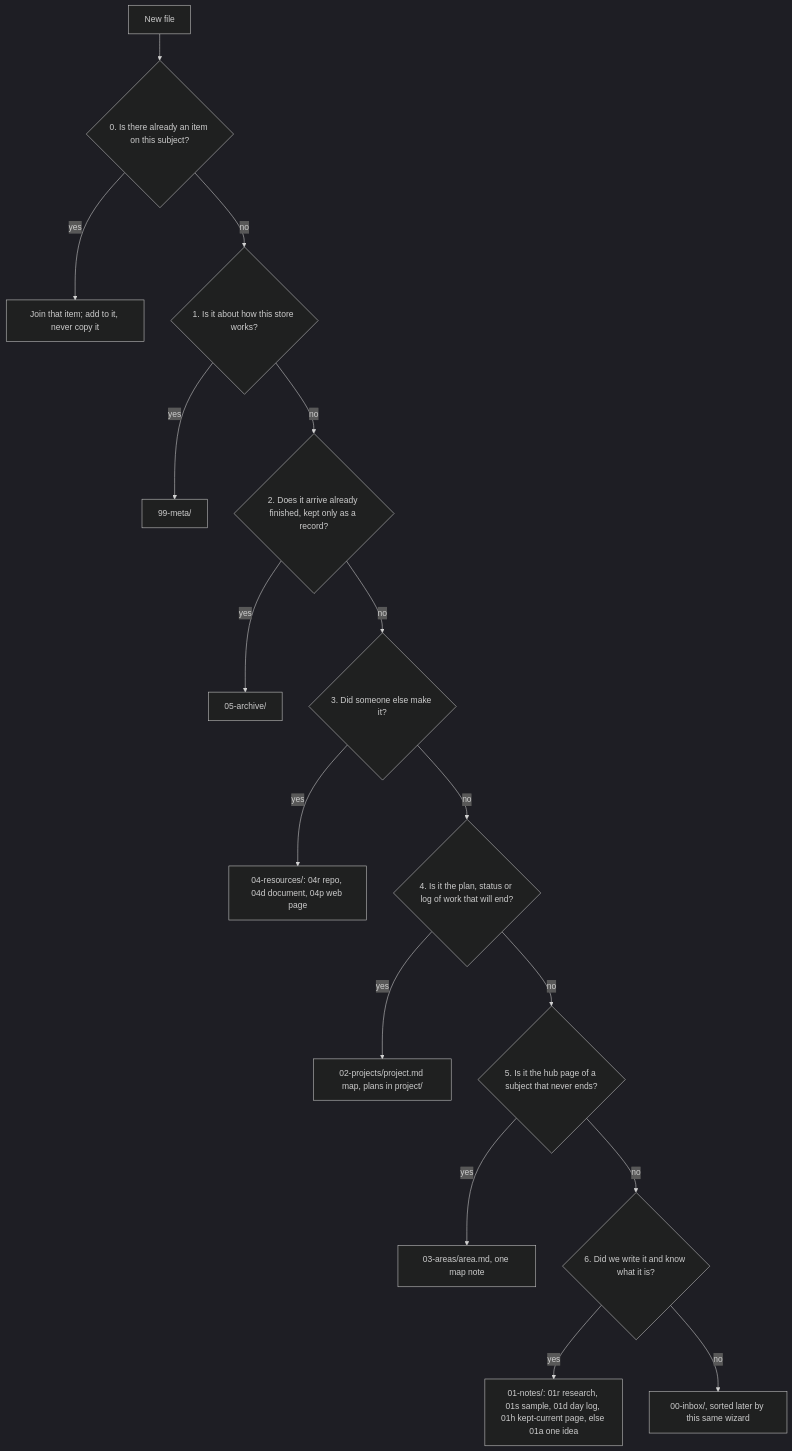
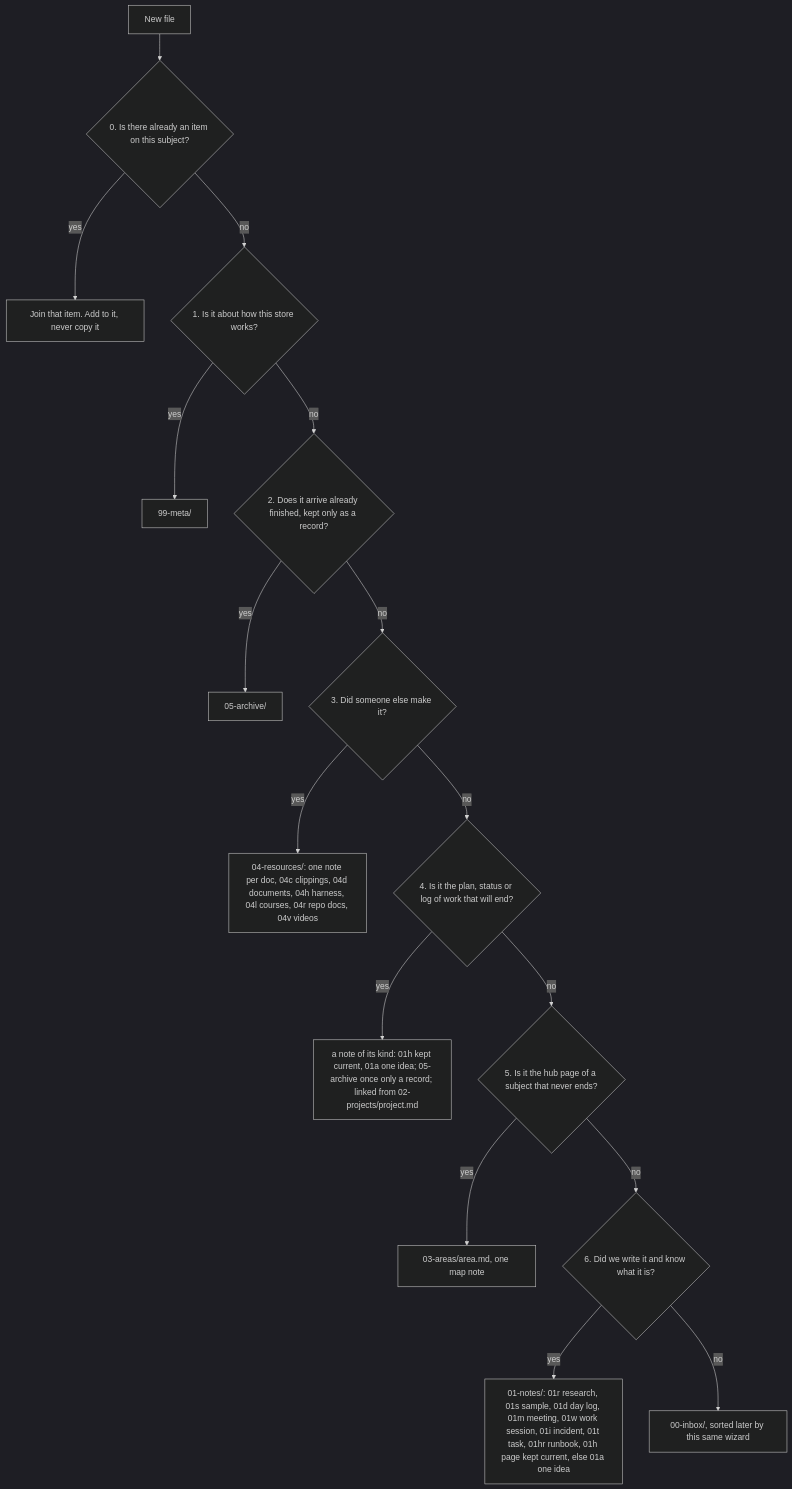
One commit to jonhill90/inpara changed the diagram in 99-meta/ORGANIZE.md. Above: the diagram before and after it, drawn with Mermaid (dark theme). The commit also changed other lines of this file and 30 other files, not shown here.

````diff
--- a/99-meta/ORGANIZE.md
+++ b/99-meta/ORGANIZE.md
@@ -84,18 +117,18 @@
 ```mermaid
 flowchart TD
   S["New file"] --> Q0{"0. Is there already an item on this subject?"}
-  Q0 -->|"yes"| J["Join that item; add to it, never copy it"]
+  Q0 -->|"yes"| J["Join that item. Add to it, never copy it"]
   Q0 -->|"no"| Q1{"1. Is it about how this store works?"}
   Q1 -->|"yes"| M["99-meta/"]
   Q1 -->|"no"| Q2{"2. Does it arrive already finished, kept only as a record?"}
   Q2 -->|"yes"| AR["05-archive/"]
   Q2 -->|"no"| Q3{"3. Did someone else make it?"}
-  Q3 -->|"yes"| RS["04-resources/: 04r repo, 04d document, 04p web page"]
+  Q3 -->|"yes"| RS["04-resources/: one note per doc, 04c clippings, 04d documents, 04h harness, 04l courses, 04r repo docs, 04v videos"]
   Q3 -->|"no"| Q4{"4. Is it the plan, status or log of work that will end?"}
-  Q4 -->|"yes"| PR["02-projects/project.md map, plans in project/"]
+  Q4 -->|"yes"| PR["a note of its kind: 01h kept current, 01a one idea; 05-archive once only a record; linked from 02-projects/project.md"]
   Q4 -->|"no"| Q5{"5. Is it the hub page of a subject that never ends?"}
   Q5 -->|"yes"| AA["03-areas/area.md, one map note"]
   Q5 -->|"no"| Q6{"6. Did we write it and know what it is?"}
-  Q6 -->|"yes"| NO["01-notes/: 01r research, 01s sample, 01d day log, 01h kept-current page, else 01a one idea"]
+  Q6 -->|"yes"| NO["01-notes/: 01r research, 01s sample, 01d day log, 01m meeting, 01w work session, 01i incident, 01t task, 01hr runbook, 01h page kept current, else 01a one idea"]
   Q6 -->|"no"| IN["00-inbox/, sorted later by this same wizard"]
 ```
````
